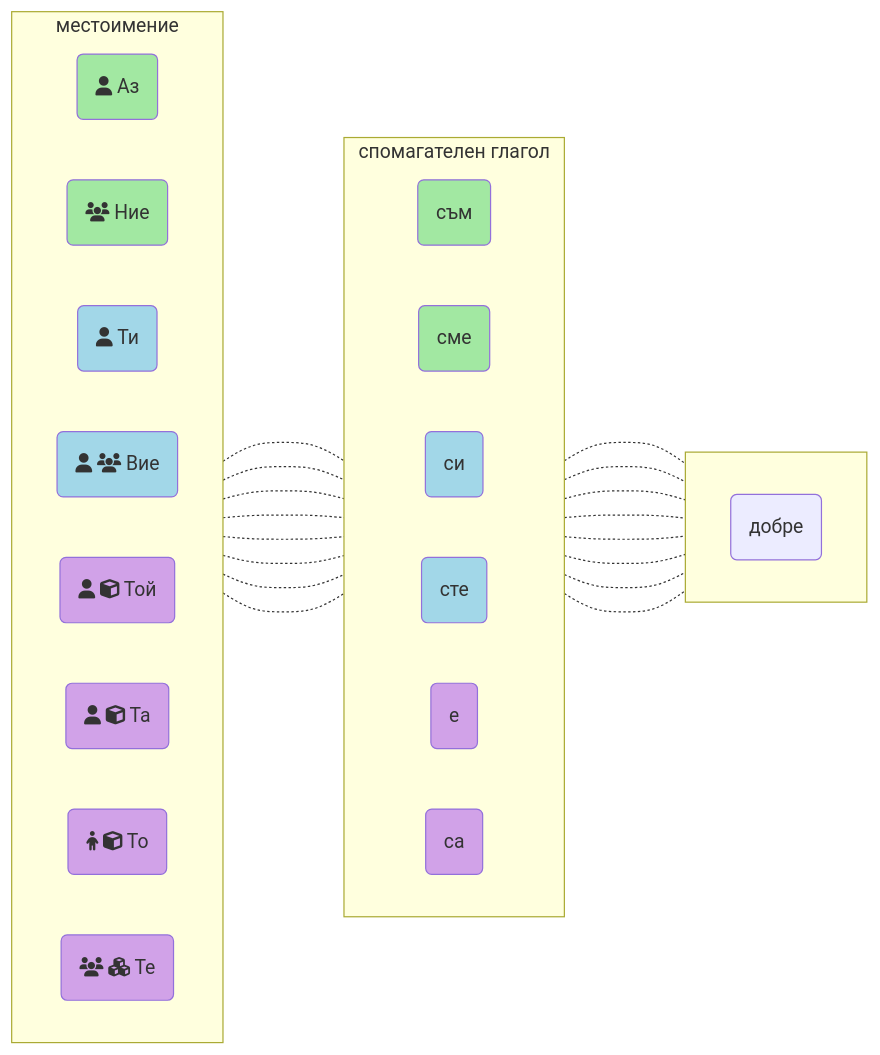
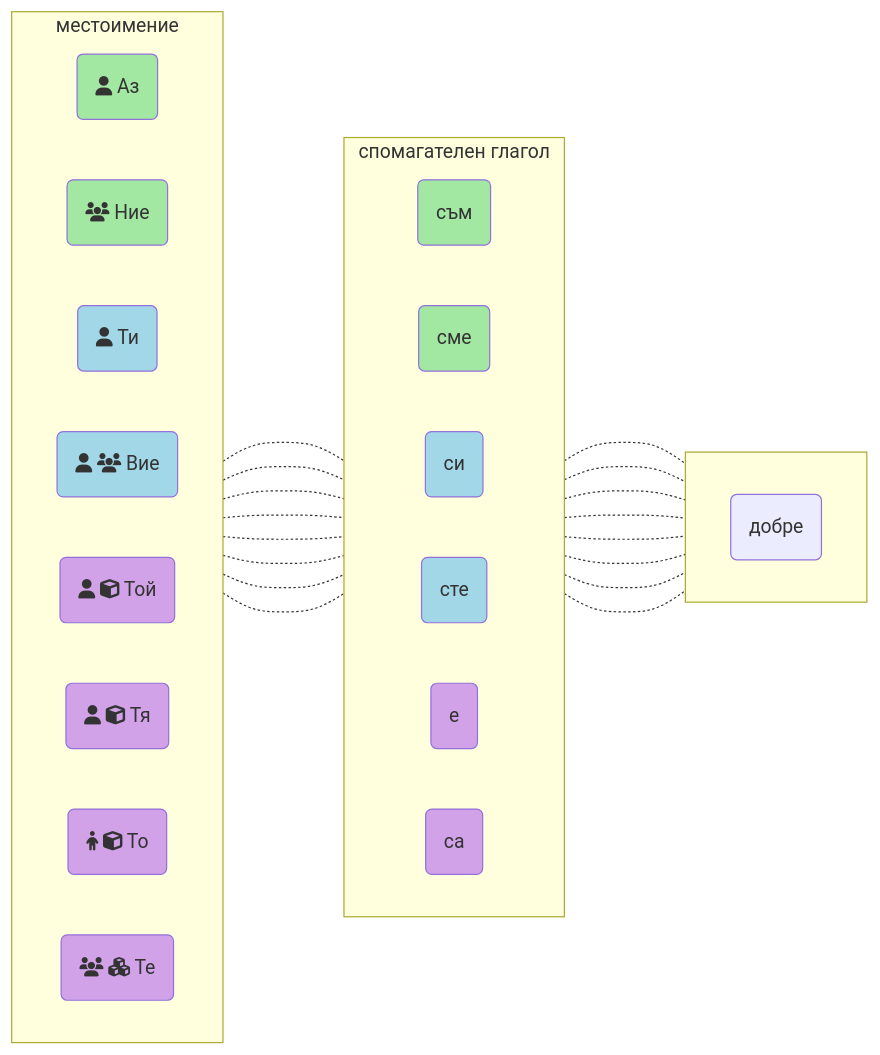
Before and after one commit to serge-name/bg-lang: the first of 2 diagrams in basics.md, drawn with Mermaid. The commit also changed other lines of this file, not shown here.

````diff
--- a/basics.md
+++ b/basics.md
@@ -1,55 +1,55 @@
 ```mermaid
 flowchart LR
     classDef first fill:#a2e8a2;
     classDef second fill:#a2d7e8;
     classDef third fill:#d1a2e8;
 
     subgraph A ["#160; местоимение #160;"]
       direction LR
       A1(fa:fa-user Аз)
       A2(fa:fa-users Ние)
       A3(fa:fa-user Ти)
       A4(fa:fa-user fa:fa-users Вие)
       A5(fa:fa-user fa:fa-cube Той)
-      A6(fa:fa-user fa:fa-cube Та)
+      A6(fa:fa-user fa:fa-cube Тя)
       A7(fa:fa-child fa:fa-cube То)
       A8(fa:fa-users fa:fa-cubes Те)
     end
 
     subgraph B ["#160; спомагателен глагол #160;"]
       direction LR
       B1(съм)
       B2(сме)
       B3(си)
       B4(сте)
       B5(е)
       B8(са)
     end
 
     class A1,A2,B1,B2 first;
     class A3,A4,B3,B4 second;
     class A5,A6,A7,A8,B5,B8 third;
 
     subgraph C ["#160;"]
       direction LR
       C1(добре)
     end
 
     A1-..-B1
     A2-.-B2
     A3-.-B3
     A4-.-B4
     A5-.-B5
     A6-.-B5
     A7-.-B5
     A8-.-B8
 
     B1-..-C1
     B2-.-C1
     B3-.-C1
     B4-.-C1
     B5-.-C1
     B5-.-C1
     B5-.-C1
     B8-.-C1
 ```
````
